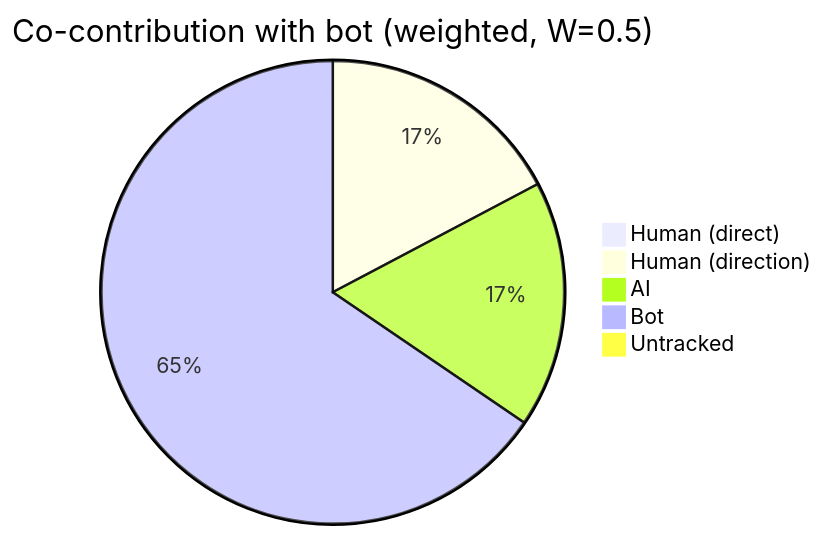
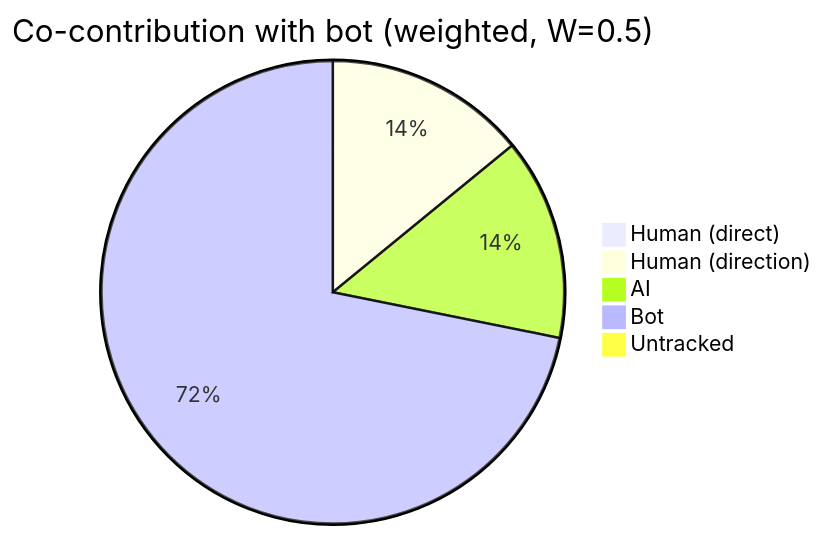
One commit to CaliMark/ai-authorship changed the sixth of 7 diagrams in AI-AUTHORSHIP.md. Above: the diagram before and after it, drawn with Mermaid. The commit also changed other lines of this file and 1 other file, not shown here.

````diff
--- a/AI-AUTHORSHIP.md
+++ b/AI-AUTHORSHIP.md
@@ -63,8 +63,8 @@
 ```mermaid
 pie title Co-contribution with bot (weighted, W=0.5)
     "Human (direct)" : 0
-    "Human (direction)" : 784
-    "AI" : 783
-    "Bot" : 2973
+    "Human (direction)" : 593
+    "AI" : 593
+    "Bot" : 3025
     "Untracked" : 0
 ```
````
